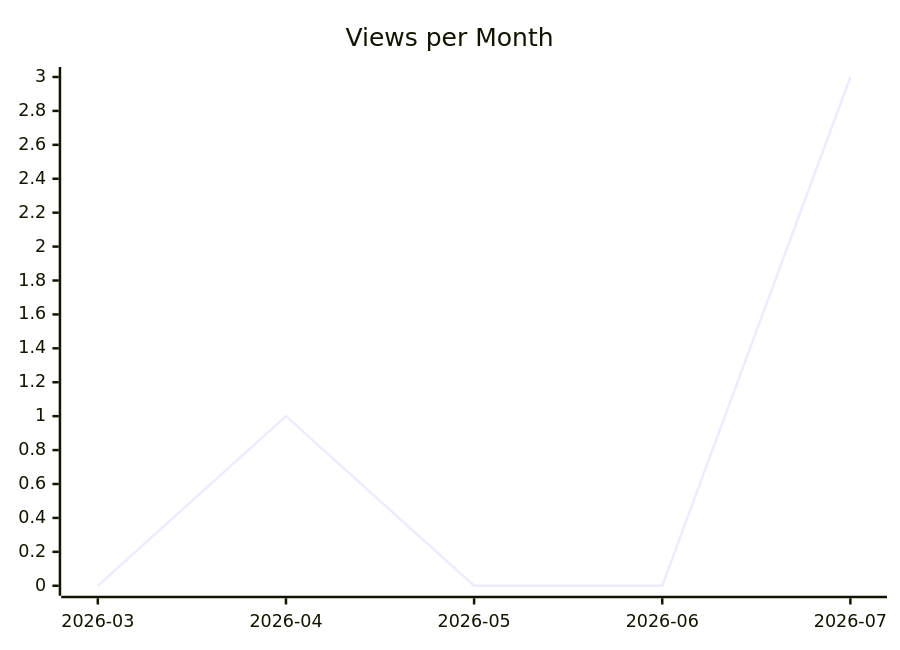
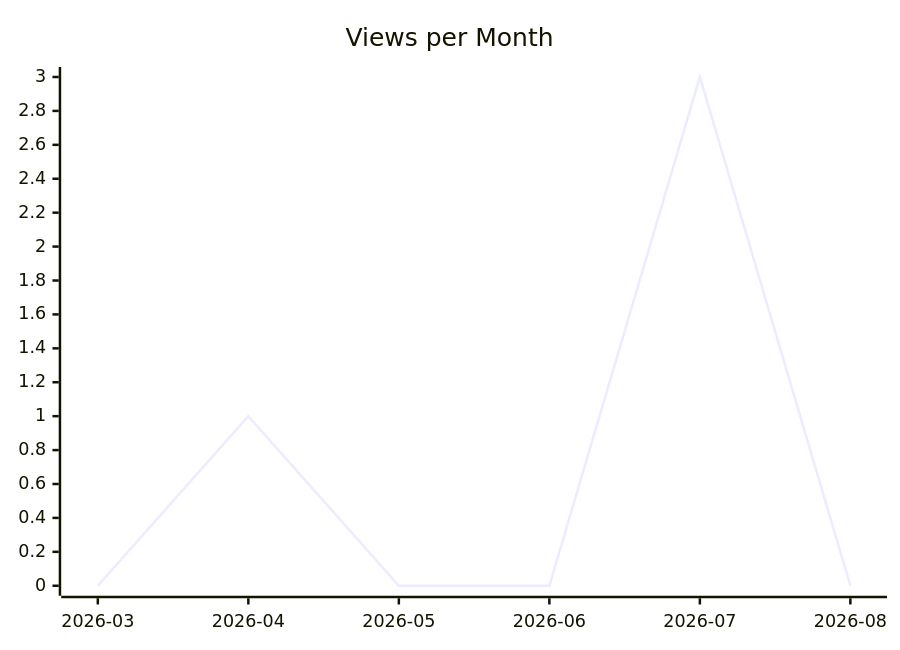
The second of 3 diagrams in justdavis-family/github-analytics-data/README.md (justdavis-family/github-analytics-data), drawn with Mermaid before and after one commit. The commit also changed other lines of this file and 184 other files, not shown here.

````diff
--- a/justdavis-family/github-analytics-data/README.md
+++ b/justdavis-family/github-analytics-data/README.md
@@ -12,6 +12,6 @@
 ```mermaid
 xychart-beta
   title "Views per Month"
-  x-axis ["2026-03", "2026-04", "2026-05", "2026-06", "2026-07"]
-  line [0, 1, 0, 0, 3]
+  x-axis ["2026-03", "2026-04", "2026-05", "2026-06", "2026-07", "2026-08"]
+  line [0, 1, 0, 0, 3, 0]
 ```
````
